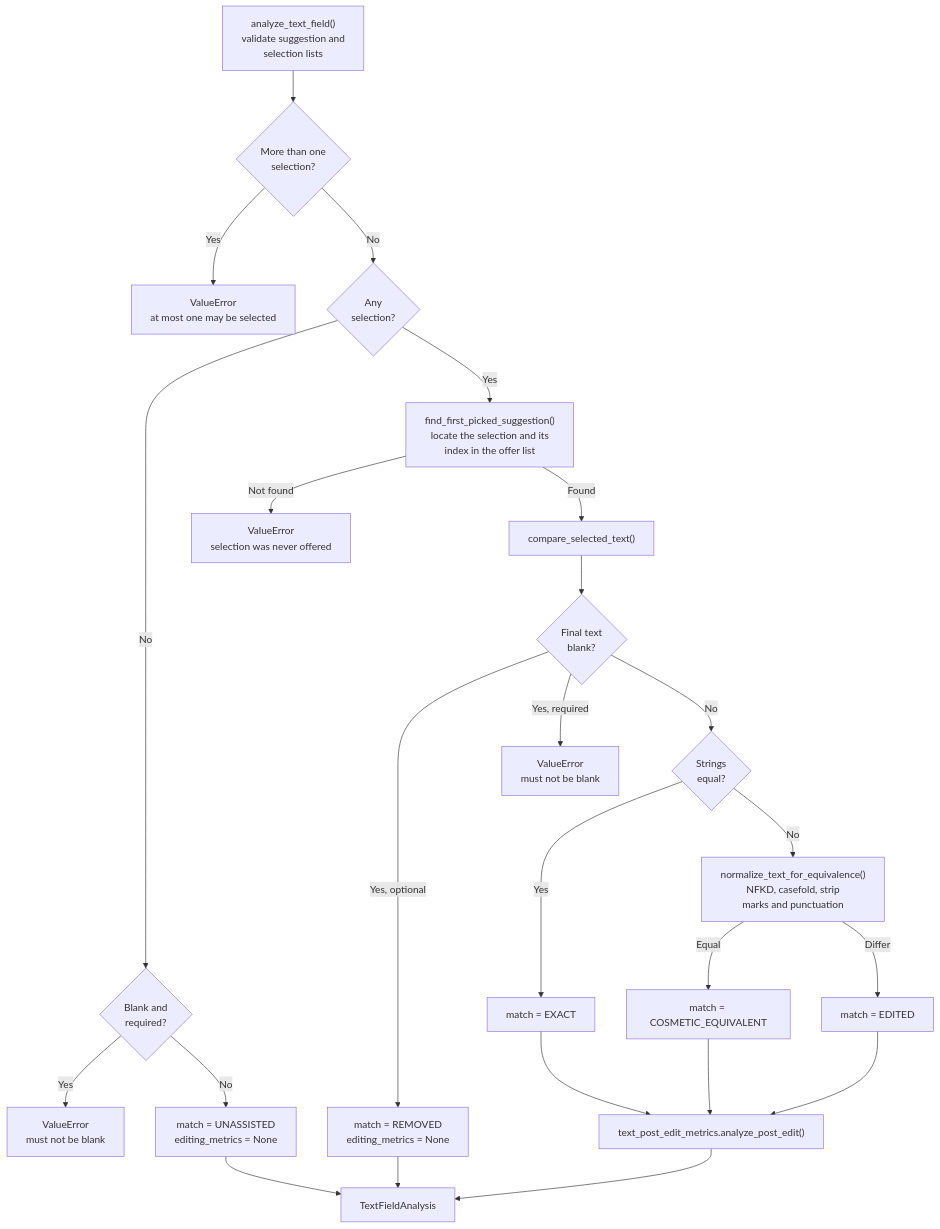
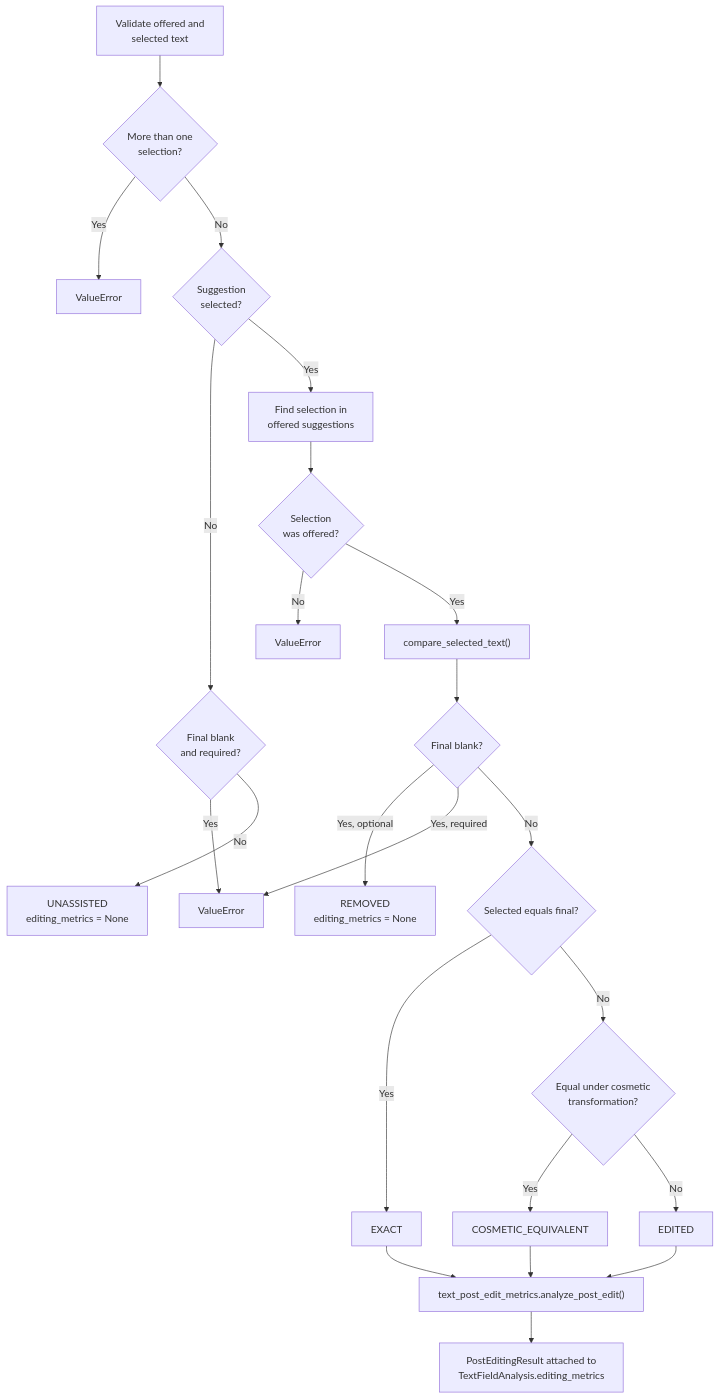
Before and after one commit to umich-michr/michr-scripts: the fourth of 10 diagrams in python/packages/study-posting-ai-analysis/docs/program-flow.md, drawn with Mermaid. The commit also changed other lines of this file and 20 other files, not shown here.

````diff
--- a/python/packages/study-posting-ai-analysis/docs/program-flow.md
+++ b/python/packages/study-posting-ai-analysis/docs/program-flow.md
@@ -119,36 +151,42 @@
 ```mermaid
 flowchart TB
-    START["analyze_text_field()<br/>validate suggestion and<br/>selection lists"]
-    MULTI{"More than one<br/>selection?"}
+    START["Validate offered and<br/>selected text"]
+    MULTIPLE{"More than one<br/>selection?"}
+    SELECTED{"Suggestion<br/>selected?"}
+    REQUIRED{"Final blank<br/>and required?"}
+    FIND["Find selection in<br/>offered suggestions"]
+    OFFERED{"Selection<br/>was offered?"}
+    COMPARE["compare_selected_text()"]
+    BLANK{"Final blank?"}
+    EXACT{"Selected equals final?"}
+    COSMETIC{"Equal under cosmetic<br/>transformation?"}
 
-    START --> MULTI
-    MULTI -->|Yes| E_MULTI["ValueError<br/>at most one may be selected"]
-    MULTI -->|No| SELECTED{"Any<br/>selection?"}
+    START --> MULTIPLE
+    MULTIPLE -->|Yes| E_MULTIPLE["ValueError"]
+    MULTIPLE -->|No| SELECTED
 
-    SELECTED -->|No| REQ{"Blank and<br/>required?"}
-    REQ -->|Yes| E_BLANK["ValueError<br/>must not be blank"]
-    REQ -->|No| UNASSISTED["match = UNASSISTED<br/>editing_metrics = None"]
+    SELECTED -->|No| REQUIRED
+    REQUIRED -->|Yes| E_REQUIRED["ValueError"]
+    REQUIRED -->|No| UNASSISTED["UNASSISTED<br/>editing_metrics = None"]
 
-    SELECTED -->|Yes| FIND["find_first_picked_suggestion()<br/>locate the selection and its<br/>index in the offer list"]
-    FIND -->|Not found| E_OFFER["ValueError<br/>selection was never offered"]
-    FIND -->|Found| COMPARE["compare_selected_text()"]
+    SELECTED -->|Yes| FIND --> OFFERED
+    OFFERED -->|No| E_OFFER["ValueError"]
+    OFFERED -->|Yes| COMPARE
 
-    COMPARE --> BLANK{"Final text<br/>blank?"}
-    BLANK -->|"Yes, optional"| REMOVED["match = REMOVED<br/>editing_metrics = None"]
-    BLANK -->|"Yes, required"| E_REQ["ValueError<br/>must not be blank"]
-    BLANK -->|No| EXACT{"Strings<br/>equal?"}
+    COMPARE --> BLANK
+    BLANK -->|"Yes, optional"| REMOVED["REMOVED<br/>editing_metrics = None"]
+    BLANK -->|"Yes, required"| E_REQUIRED
+    BLANK -->|No| EXACT
 
-    EXACT -->|Yes| M_EXACT["match = EXACT"]
-    EXACT -->|No| COSMETIC["normalize_text_for_equivalence()<br/>NFKD, casefold, strip<br/>marks and punctuation"]
+    EXACT -->|Yes| M_EXACT["EXACT"]
+    EXACT -->|No| COSMETIC
+    COSMETIC -->|Yes| M_COSMETIC["COSMETIC_EQUIVALENT"]
+    COSMETIC -->|No| M_EDITED["EDITED"]
 
-    COSMETIC -->|Equal| M_COSMETIC["match = COSMETIC_EQUIVALENT"]
-    COSMETIC -->|Differ| M_EDITED["match = EDITED"]
-
-    M_EXACT --> METRICS["text_post_edit_metrics.analyze_post_edit()"]
+    M_EXACT --> METRICS
     M_COSMETIC --> METRICS
     M_EDITED --> METRICS
 
-    METRICS --> RESULT["TextFieldAnalysis"]
-    UNASSISTED --> RESULT
-    REMOVED --> RESULT
+    METRICS["text_post_edit_metrics.analyze_post_edit()"]
+    METRICS --> RESULT["PostEditingResult attached to<br/>TextFieldAnalysis.editing_metrics"]
 ```
````
